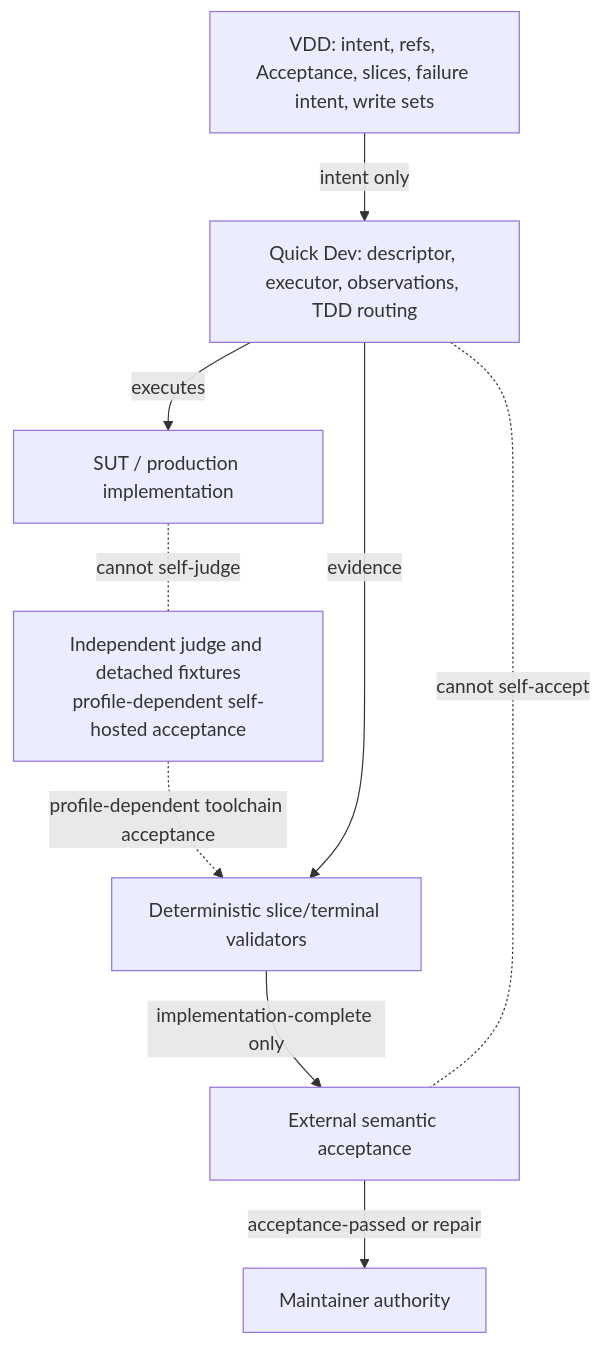
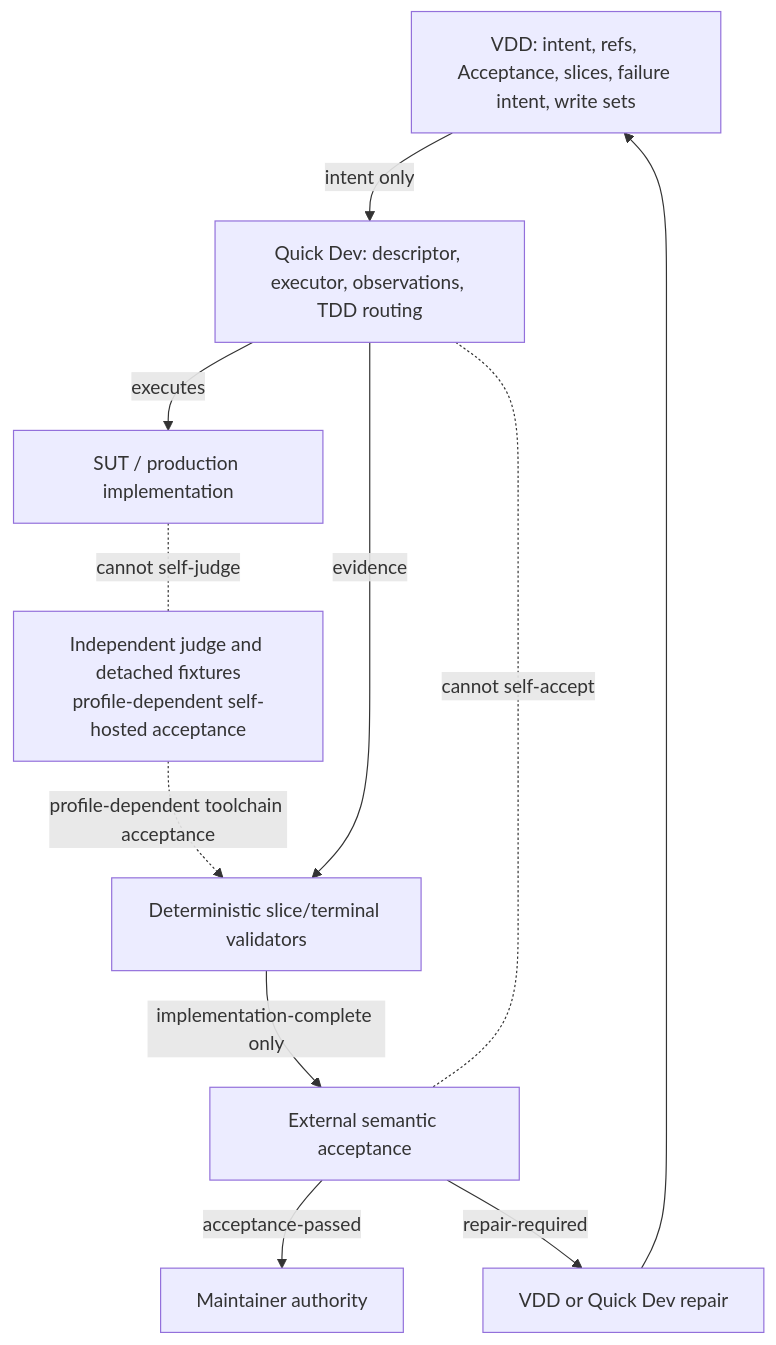
The second of 3 diagrams in _bmad-output/specs/spec-vdd-quick-dev-chapter-4-5-6-capability-upgrade/architecture-diagrams.md (skyoxu/ji-mu-yun), drawn with Mermaid before and after one commit. The commit also changed 8 other files, not shown here.

````diff
--- a/_bmad-output/specs/spec-vdd-quick-dev-chapter-4-5-6-capability-upgrade/architecture-diagrams.md
+++ b/_bmad-output/specs/spec-vdd-quick-dev-chapter-4-5-6-capability-upgrade/architecture-diagrams.md
@@ -36,18 +36,20 @@
 ```mermaid
 flowchart TB
   VDD[VDD: intent, refs, Acceptance, slices, failure intent, write sets]
   QD[Quick Dev: descriptor, executor, observations, TDD routing]
   SUT[SUT / production implementation]
   JUDGE[Independent judge and detached fixtures\nprofile-dependent self-hosted acceptance]
   TERM[Deterministic slice/terminal validators]
   EXT[External semantic acceptance]
   MAINT[Maintainer authority]
   VDD -->|intent only| QD
   QD -->|executes| SUT
   JUDGE -.->|profile-dependent toolchain acceptance| TERM
   QD -->|evidence| TERM
   TERM -->|implementation-complete only| EXT
-  EXT -->|acceptance-passed or repair| MAINT
+  EXT -->|acceptance-passed| MAINT
+  EXT -->|repair-required| REPAIR[VDD or Quick Dev repair]
+  REPAIR --> VDD
   QD -.cannot self-accept.- EXT
   SUT -.cannot self-judge.- JUDGE
 ```
````
